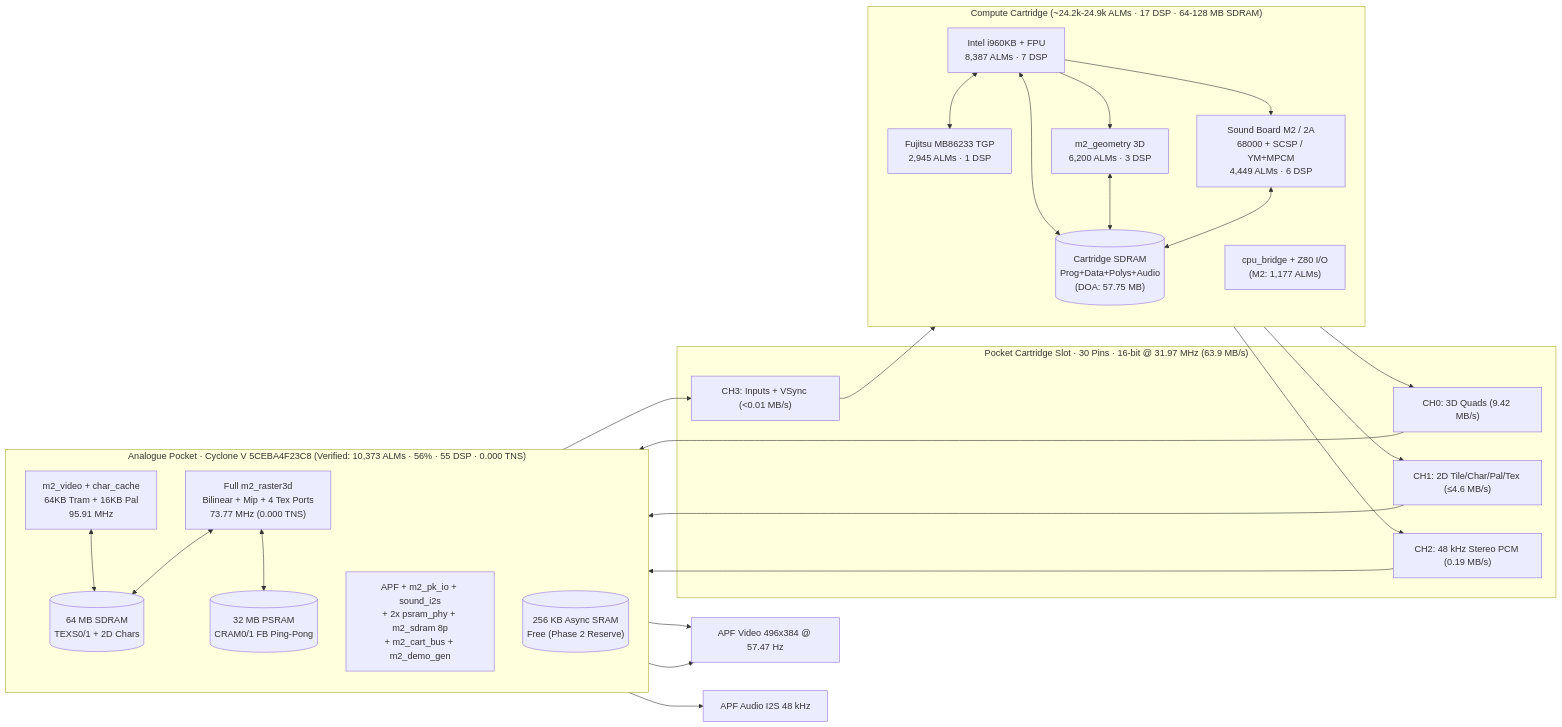
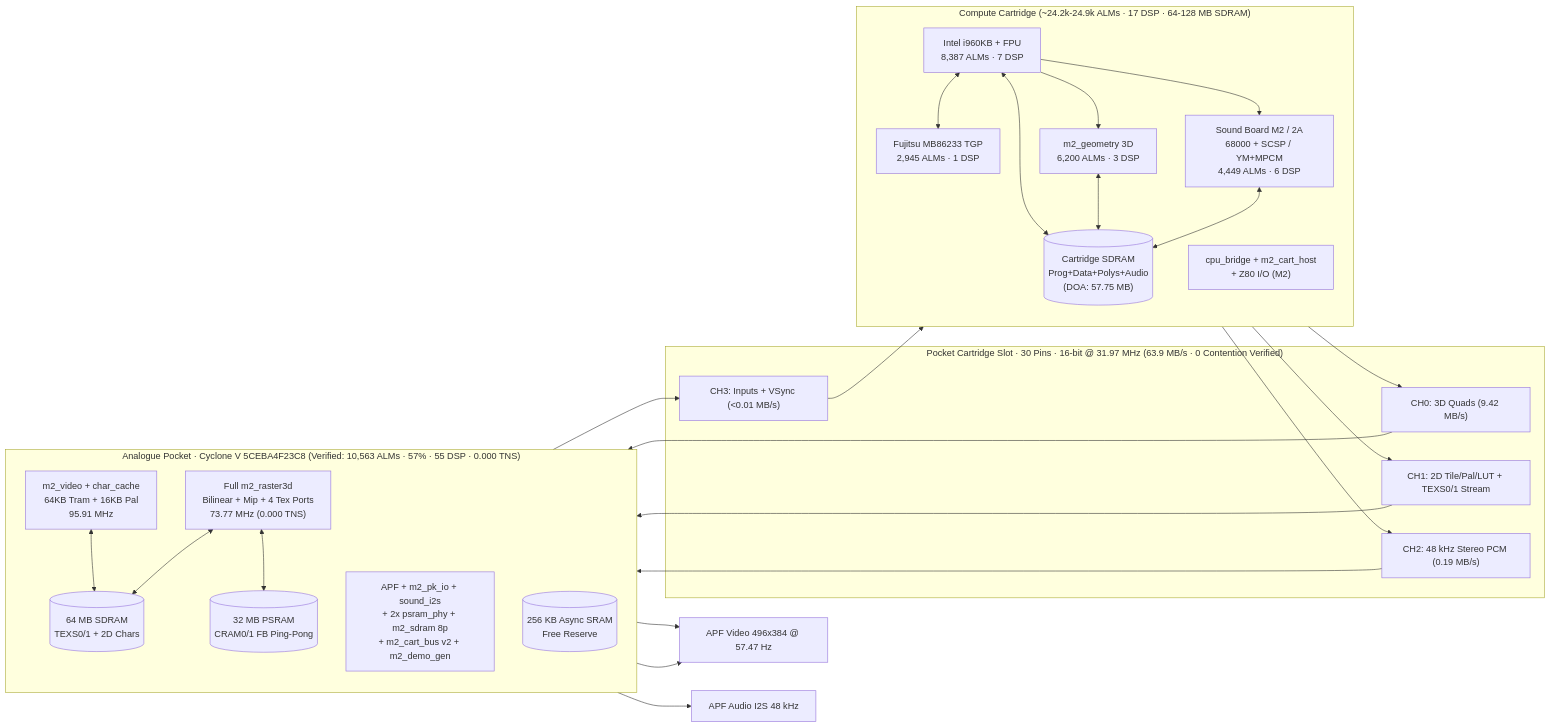
One commit to DanimanX/DeadOrPocket changed the diagram in README.md. Above: the diagram before and after it, drawn with Mermaid. The commit also changed other lines of this file and 19 other files, not shown here.

````diff
--- a/README.md
+++ b/README.md
@@ -61,46 +76,46 @@
 ```mermaid
 flowchart LR
     subgraph CART["Compute Cartridge (~24.2k-24.9k ALMs · 17 DSP · 64-128 MB SDRAM)"]
         direction TB
         I960["Intel i960KB + FPU<br/>8,387 ALMs · 7 DSP"]
         TGP["Fujitsu MB86233 TGP<br/>2,945 ALMs · 1 DSP"]
         GEO["m2_geometry 3D<br/>6,200 ALMs · 3 DSP"]
         SND["Sound Board M2 / 2A<br/>68000 + SCSP / YM+MPCM<br/>4,449 ALMs · 6 DSP"]
-        IO["cpu_bridge + Z80 I/O<br/>(M2: 1,177 ALMs)"]
+        IO["cpu_bridge + m2_cart_host<br/>+ Z80 I/O (M2)"]
         CSDRAM[("Cartridge SDRAM<br/>Prog+Data+Polys+Audio<br/>(DOA: 57.75 MB)")]
         I960 <--> TGP
         I960 --> GEO
         I960 --> SND
         I960 <--> CSDRAM
         GEO <--> CSDRAM
         SND <--> CSDRAM
     end
 
-    subgraph BUS["Pocket Cartridge Slot · 30 Pins · 16-bit @ 31.97 MHz (63.9 MB/s)"]
+    subgraph BUS["Pocket Cartridge Slot · 30 Pins · 16-bit @ 31.97 MHz (63.9 MB/s · 0 Contention Verified)"]
         CH0["CH0: 3D Quads (9.42 MB/s)"]
-        CH1["CH1: 2D Tile/Char/Pal/Tex (≤4.6 MB/s)"]
+        CH1["CH1: 2D Tile/Pal/LUT + TEXS0/1 Stream"]
         CH2["CH2: 48 kHz Stereo PCM (0.19 MB/s)"]
         CH3["CH3: Inputs + VSync (<0.01 MB/s)"]
     end
 
-    subgraph POCKET["Analogue Pocket · Cyclone V 5CEBA4F23C8 (Verified: 10,373 ALMs · 56% · 55 DSP · 0.000 TNS)"]
+    subgraph POCKET["Analogue Pocket · Cyclone V 5CEBA4F23C8 (Verified: 10,563 ALMs · 57% · 55 DSP · 0.000 TNS)"]
         direction TB
         R3D["Full m2_raster3d<br/>Bilinear + Mip + 4 Tex Ports<br/>73.77 MHz (0.000 TNS)"]
         V2D["m2_video + char_cache<br/>64KB Tram + 16KB Pal<br/>95.91 MHz"]
-        APF["APF + m2_pk_io + sound_i2s<br/>+ 2x psram_phy + m2_sdram 8p<br/>+ m2_cart_bus + m2_demo_gen"]
+        APF["APF + m2_pk_io + sound_i2s<br/>+ 2x psram_phy + m2_sdram 8p<br/>+ m2_cart_bus v2 + m2_demo_gen"]
         PDRAM[("64 MB SDRAM<br/>TEXS0/1 + 2D Chars")]
         PCRAM[("32 MB PSRAM<br/>CRAM0/1 FB Ping-Pong")]
-        PSRAM[("256 KB Async SRAM<br/>Free (Phase 2 Reserve)")]
+        PSRAM[("256 KB Async SRAM<br/>Free Reserve")]
         R3D <--> PDRAM
         R3D <--> PCRAM
         V2D <--> PDRAM
     end
 
     GEO --> CH0 --> R3D
     IO --> CH1 --> V2D
     SND --> CH2 --> APF
     APF --> CH3 --> IO
     R3D --> VID["APF Video 496x384 @ 57.47 Hz"]
     V2D --> VID
     APF --> AUD["APF Audio I2S 48 kHz"]
 ```
````
